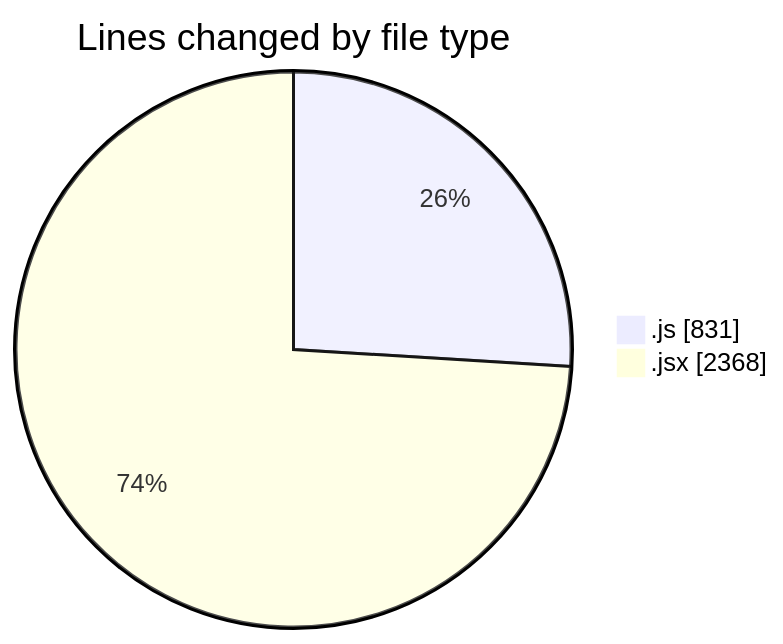
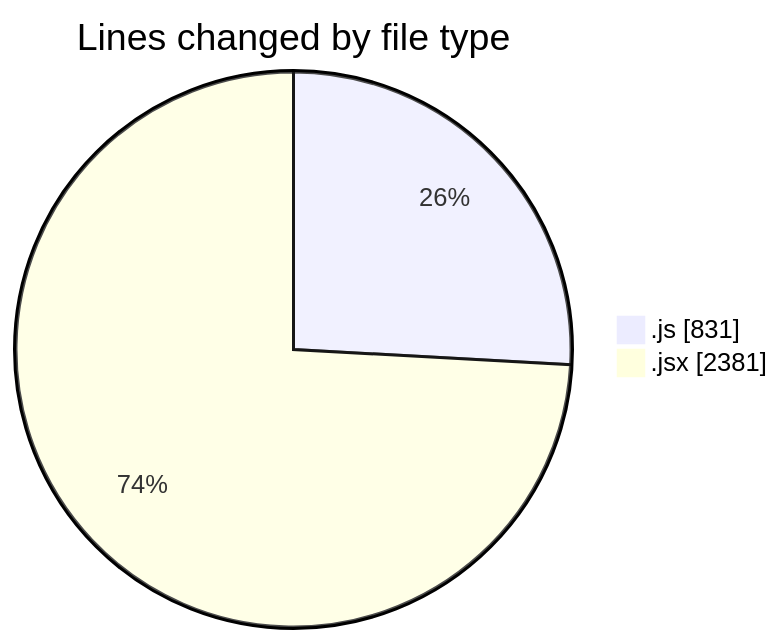
One commit to nxtqubesakshisongat/code-tracking changed the first of 2 diagrams in 2025-10-29/nxtqube_webapp/README.md. Above: the diagram before and after it, drawn with Mermaid. The commit also changed other lines of this file and 1 other file, not shown here.

````diff
--- a/2025-10-29/nxtqube_webapp/README.md
+++ b/2025-10-29/nxtqube_webapp/README.md
@@ -23,6 +23,6 @@
 ```mermaid
 pie showData
 title Lines changed by file type
 ".js" : 831
-".jsx" : 2368
+".jsx" : 2381
 ```
````
